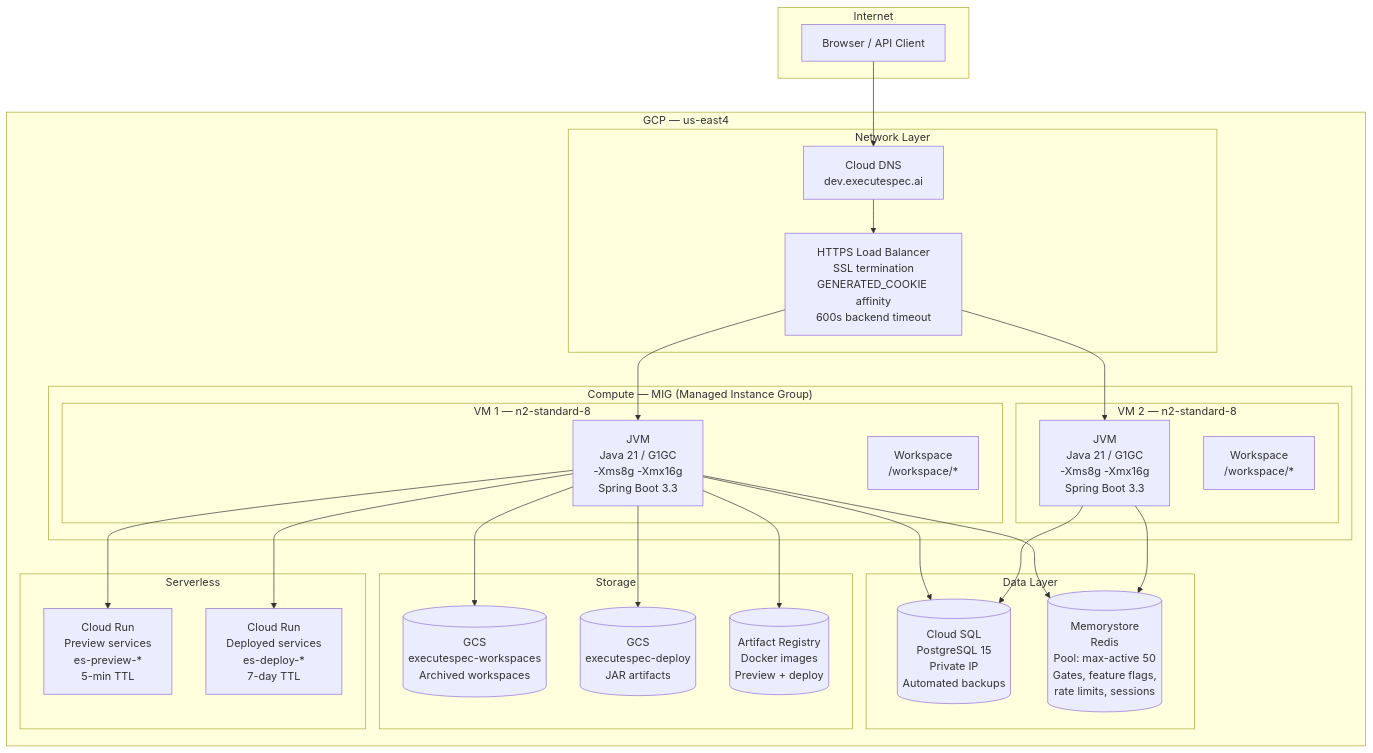
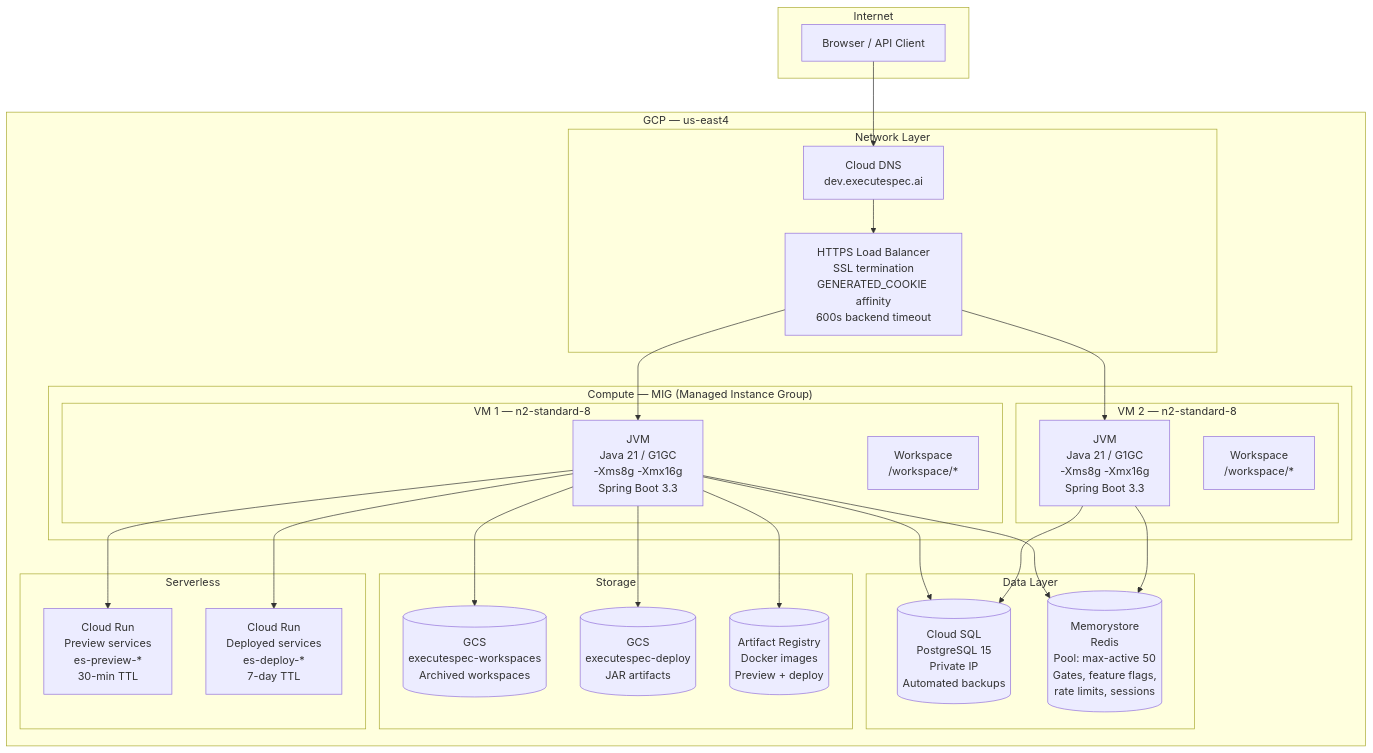
The second of 14 diagrams in docs/ARCHITECTURE.md (navneetprabhakar/executespec), drawn with Mermaid before and after one commit. The commit also changed other lines of this file and 2 other files, not shown here.

````diff
--- a/docs/ARCHITECTURE.md
+++ b/docs/ARCHITECTURE.md
@@ -52,53 +52,53 @@
 ```mermaid
 graph TB
     subgraph "Internet"
         Client[Browser / API Client]
     end
 
     subgraph "GCP — us-east4"
         subgraph "Network Layer"
             DNS[Cloud DNS<br/>dev.executespec.ai]
             LB[HTTPS Load Balancer<br/>SSL termination<br/>GENERATED_COOKIE affinity<br/>600s backend timeout]
         end
 
         subgraph "Compute — MIG (Managed Instance Group)"
             subgraph "VM 1 — n2-standard-8"
                 JVM1[JVM<br/>Java 21 / G1GC<br/>-Xms8g -Xmx16g<br/>Spring Boot 3.3]
                 WS1[Workspace<br/>/workspace/*]
             end
             subgraph "VM 2 — n2-standard-8"
                 JVM2[JVM<br/>Java 21 / G1GC<br/>-Xms8g -Xmx16g<br/>Spring Boot 3.3]
                 WS2[Workspace<br/>/workspace/*]
             end
         end
 
         subgraph "Data Layer"
             SQL[(Cloud SQL<br/>PostgreSQL 15<br/>Private IP<br/>Automated backups)]
             REDIS[(Memorystore<br/>Redis<br/>Pool: max-active 50<br/>Gates, feature flags,<br/>rate limits, sessions)]
         end
 
         subgraph "Storage"
             GCS_WS[(GCS<br/>executespec-workspaces<br/>Archived workspaces)]
             GCS_DEP[(GCS<br/>executespec-deploy<br/>JAR artifacts)]
             AR[(Artifact Registry<br/>Docker images<br/>Preview + deploy)]
         end
 
         subgraph "Serverless"
-            CR1[Cloud Run<br/>Preview services<br/>es-preview-*<br/>5-min TTL]
+            CR1[Cloud Run<br/>Preview services<br/>es-preview-*<br/>30-min TTL]
             CR2[Cloud Run<br/>Deployed services<br/>es-deploy-*<br/>7-day TTL]
         end
     end
 
     Client --> DNS --> LB
     LB --> JVM1
     LB --> JVM2
     JVM1 --> SQL
     JVM2 --> SQL
     JVM1 --> REDIS
     JVM2 --> REDIS
     JVM1 --> GCS_WS
     JVM1 --> GCS_DEP
     JVM1 --> AR
     JVM1 --> CR1
     JVM1 --> CR2
 ```
````
